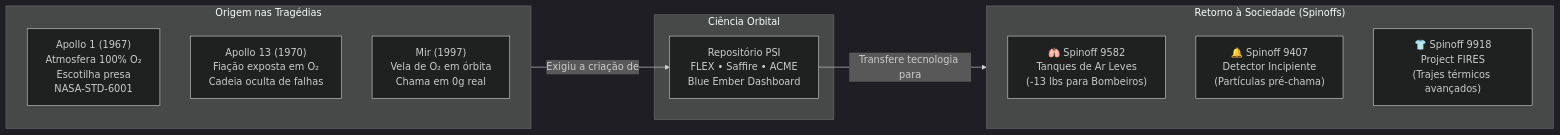
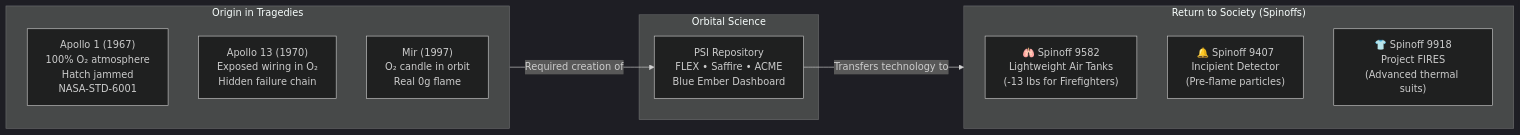
The third of 3 diagrams in docs/relatorio-arquitetura-blue-ember.md (praedecis-labs/blue-ember), drawn with Mermaid (dark theme) before and after one commit. The commit also changed other lines of this file and 57 other files, not shown here.

````diff
--- a/docs/relatorio-arquitetura-blue-ember.md
+++ b/docs/relatorio-arquitetura-blue-ember.md
@@ -147,21 +147,21 @@
 ```mermaid
 flowchart LR
-    subgraph PASSADO["Origem nas Tragédias"]
-        A1["Apollo 1 (1967)\nAtmosfera 100% O₂\nEscotilha presa\nNASA-STD-6001"]
-        A13["Apollo 13 (1970)\nFiação exposta em O₂\nCadeia oculta de falhas"]
-        MIR["Mir (1997)\nVela de O₂ em órbita\nChama em 0g real"]
+    subgraph PASSADO["Origin in Tragedies"]
+        A1["Apollo 1 (1967)\n100% O₂ atmosphere\nHatch jammed\nNASA-STD-6001"]
+        A13["Apollo 13 (1970)\nExposed wiring in O₂\nHidden failure chain"]
+        MIR["Mir (1997)\nO₂ candle in orbit\nReal 0g flame"]
     end
 
-    subgraph PRESENTE["Ciência Orbital"]
-        PSI_COR["Repositório PSI\nFLEX • Saffire • ACME\nBlue Ember Dashboard"]
+    subgraph PRESENTE["Orbital Science"]
+        PSI_COR["PSI Repository\nFLEX • Saffire • ACME\nBlue Ember Dashboard"]
     end
 
-    subgraph FUTURO["Retorno à Sociedade (Spinoffs)"]
-        SP1["🫁 Spinoff 9582\nTanques de Ar Leves\n(-13 lbs para Bombeiros)"]
-        SP2["🔔 Spinoff 9407\nDetector Incipiente\n(Partículas pré-chama)"]
-        SP3["👕 Spinoff 9918\nProject FIRES\n(Trajes térmicos avançados)"]
+    subgraph FUTURO["Return to Society (Spinoffs)"]
+        SP1["🫁 Spinoff 9582\nLightweight Air Tanks\n(-13 lbs for Firefighters)"]
+        SP2["🔔 Spinoff 9407\nIncipient Detector\n(Pre-flame particles)"]
+        SP3["👕 Spinoff 9918\nProject FIRES\n(Advanced thermal suits)"]
     end
 
-    PASSADO -->|"Exigiu a criação de"| PSI_COR
-    PSI_COR -->|"Transfere tecnologia para"| FUTURO
+    PASSADO -->|"Required creation of"| PSI_COR
+    PSI_COR -->|"Transfers technology to"| FUTURO
 ```
````
